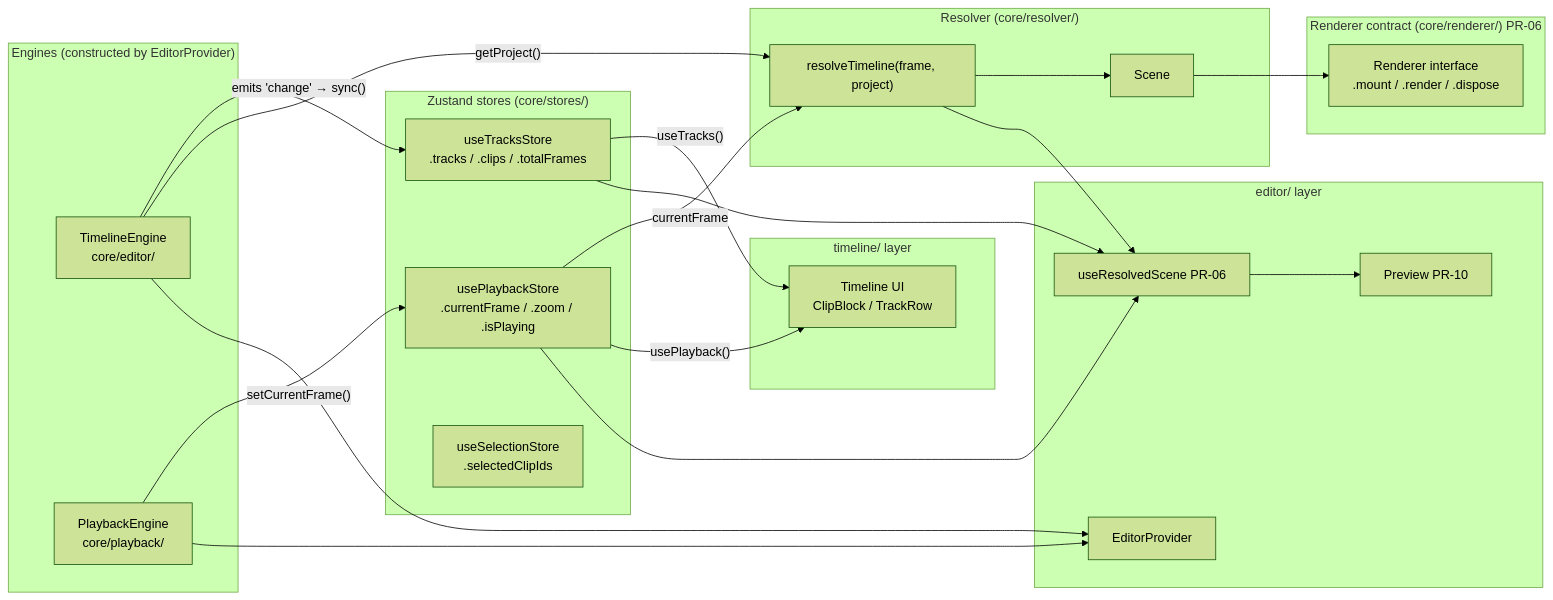
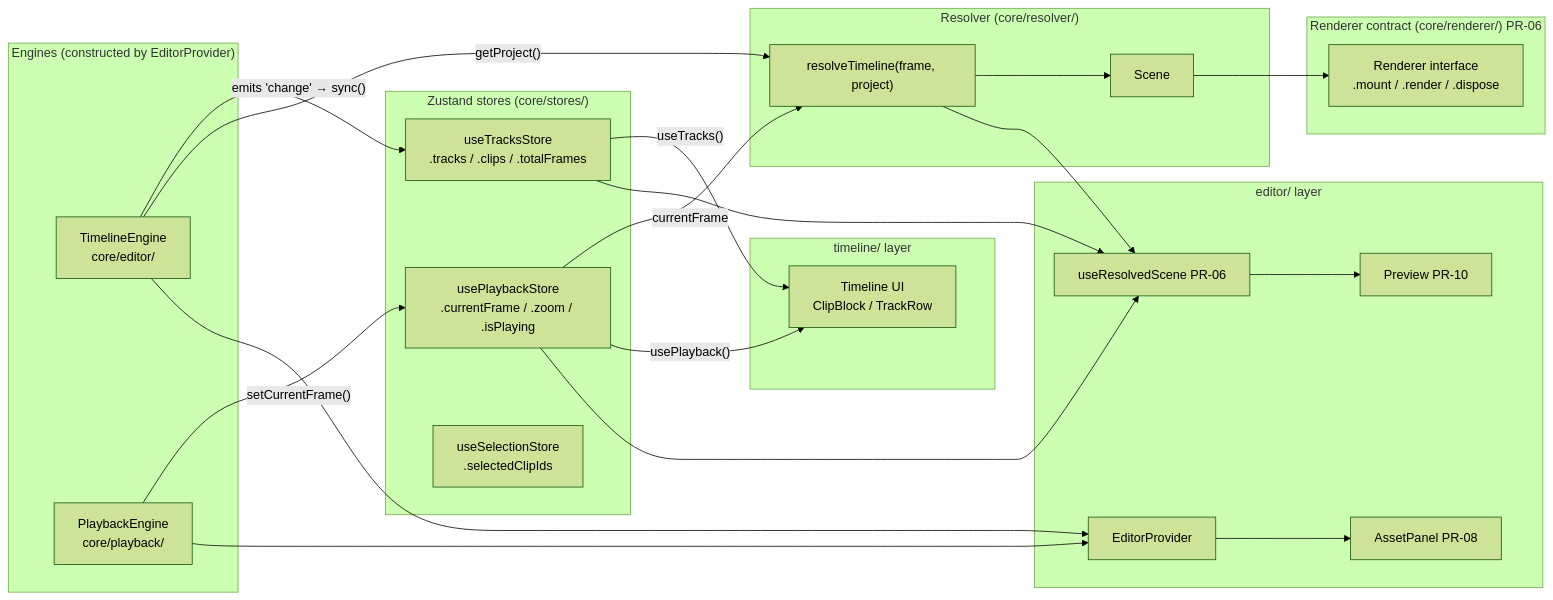
One commit to elahlabs/elah changed the diagram in packages/editor/src/core/Architecture.md. Above: the diagram before and after it, drawn with Mermaid (forest theme). The commit also changed other lines of this file and 10 other files, not shown here.

````diff
--- a/packages/editor/src/core/Architecture.md
+++ b/packages/editor/src/core/Architecture.md
@@ -94,43 +94,44 @@
 ```mermaid
 flowchart LR
   subgraph engines ["Engines (constructed by EditorProvider)"]
     TE["TimelineEngine\ncore/editor/"] 
     PE["PlaybackEngine\ncore/playback/"]
   end
 
   subgraph stores ["Zustand stores (core/stores/)"]
     TS["useTracksStore\n.tracks / .clips / .totalFrames"]
     PS["usePlaybackStore\n.currentFrame / .zoom / .isPlaying"]
     SS["useSelectionStore\n.selectedClipIds"]
   end
 
   subgraph resolver ["Resolver (core/resolver/)"]
     RT["resolveTimeline(frame, project)"]
     SC["Scene"]
   end
 
   subgraph rendererLayer ["Renderer contract (core/renderer/) PR-06"]
     RI["Renderer interface\n.mount / .render / .dispose"]
   end
 
   TE -->|"emits 'change' → sync()"| TS
   PE -->|"setCurrentFrame()"| PS
   TE -->|"getProject()"| RT
   PS -->|"currentFrame"| RT
   RT --> SC
   SC --> RI
 
   subgraph timelineLayer ["timeline/ layer"]
     TS -->|"useTracks()"| TLComp["Timeline UI\nClipBlock / TrackRow"]
     PS -->|"usePlayback()"| TLComp
   end
 
   subgraph editorLayer ["editor/ layer"]
     TE --> EP["EditorProvider"]
     PE --> EP
     TS --> URS["useResolvedScene PR-06"]
     PS --> URS
     RT --> URS
     URS --> PV["Preview PR-10"]
+    EP --> AP["AssetPanel PR-08"]
   end
 ```
````
